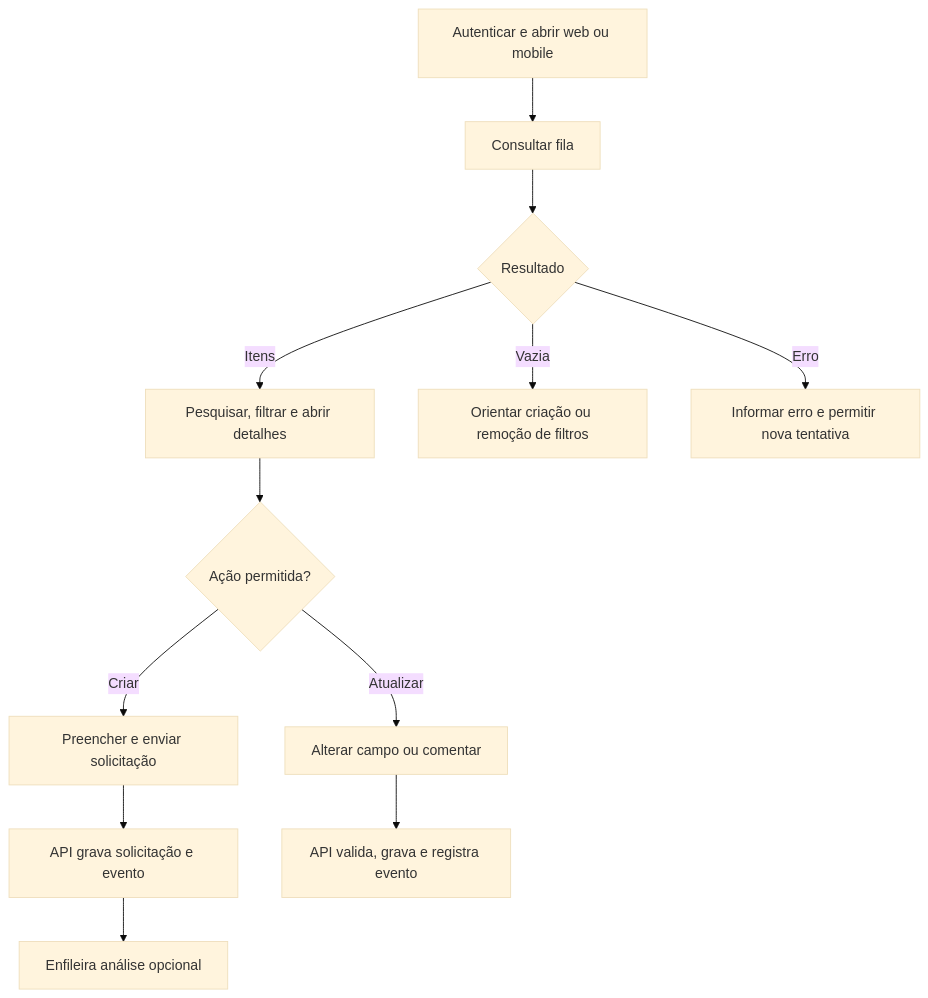
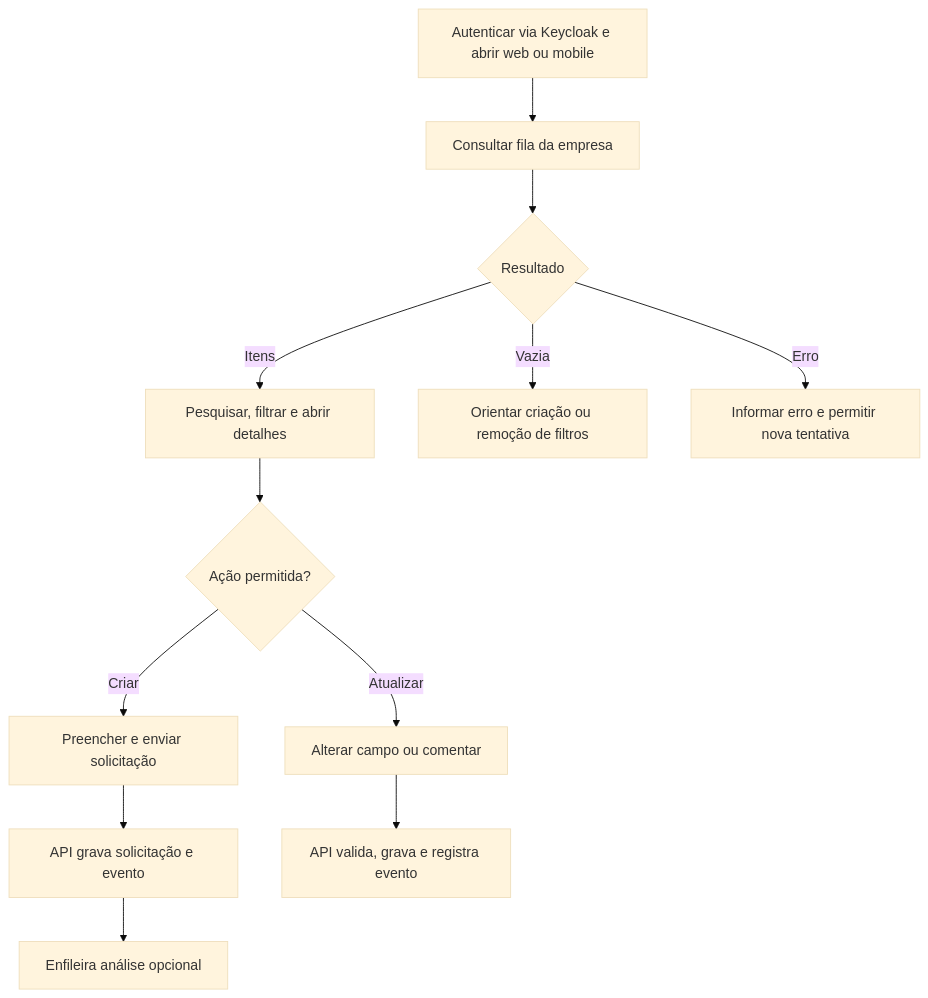
The diagram in 04-fluxos-de-usuario.md (CampiteliRafael/revez), drawn with Mermaid (base theme) before and after one commit. The commit also changed other lines of this file and 19 other files, not shown here.

Commit message:
feat: add Prisma schema and CI workflow

````diff
--- a/04-fluxos-de-usuario.md
+++ b/04-fluxos-de-usuario.md
@@ -7,14 +7,14 @@
 ```mermaid
 flowchart TD
-    A[Autenticar e abrir web ou mobile] --> B[Consultar fila]
+    A[Autenticar via Keycloak e abrir web ou mobile] --> B[Consultar fila da empresa]
     B --> C{Resultado}
     C -->|Itens| D[Pesquisar, filtrar e abrir detalhes]
     C -->|Vazia| E[Orientar criação ou remoção de filtros]
     C -->|Erro| F[Informar erro e permitir nova tentativa]
     D --> G{Ação permitida?}
     G -->|Criar| H[Preencher e enviar solicitação]
     G -->|Atualizar| I[Alterar campo ou comentar]
     H --> J[API grava solicitação e evento]
     J --> K[Enfileira análise opcional]
     I --> L[API valida, grava e registra evento]
 ```
````
